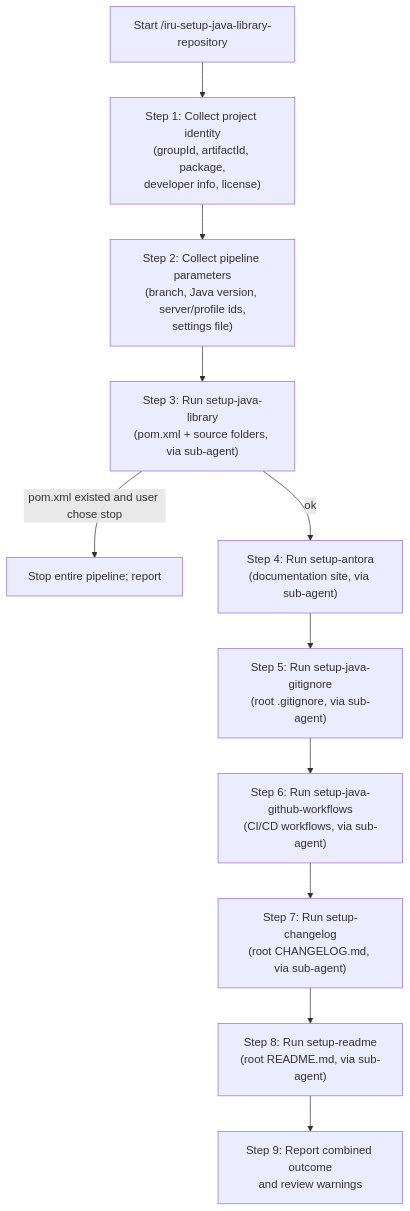
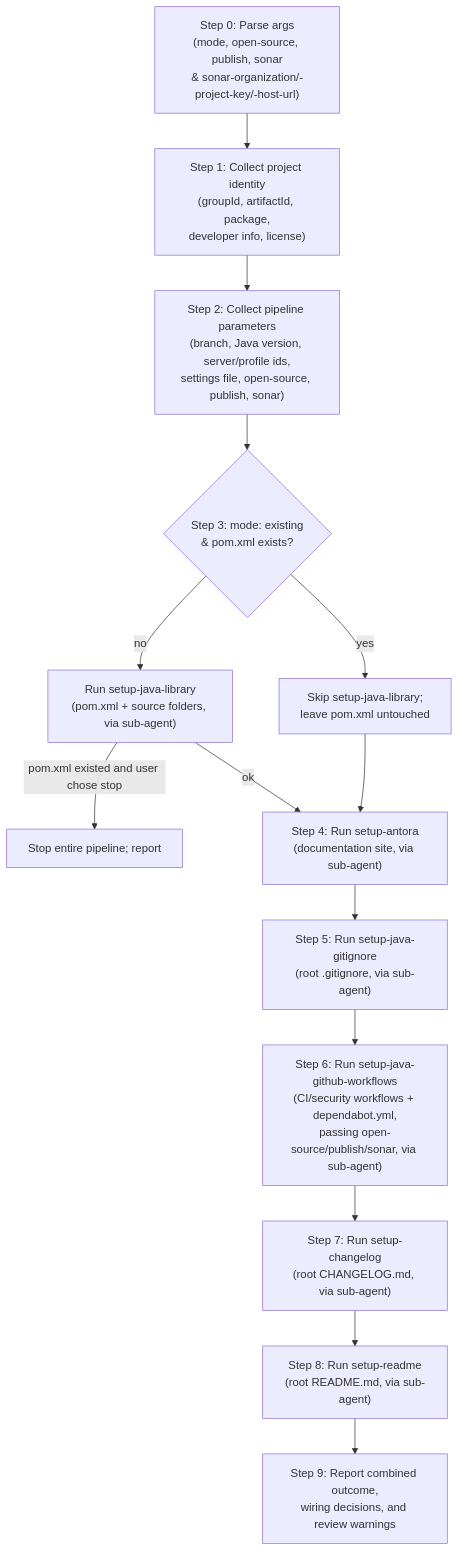
The diagram in docs/modules/ROOT/pages/skills/iru-setup-java-library-repository.adoc (albertoirurueta/ai-catalog), drawn with Mermaid before and after one commit. The commit also changed other lines of this file and 162 other files, not shown here.

First line of the commit message:
Extend the catalog to TypeScript, Android, Swift and hybrid mobile stacks with an open-source-aware repository setup front door (#6) (#7)

```diff
--- a/docs/modules/ROOT/pages/skills/iru-setup-java-library-repository.adoc
+++ b/docs/modules/ROOT/pages/skills/iru-setup-java-library-repository.adoc
@@ -97,14 +137,17 @@
 [mermaid]
 ....
 flowchart TD
-    A[Start /iru-setup-java-library-repository] --> B["Step 1: Collect project identity\n(groupId, artifactId, package,\ndeveloper info, license)"]
-    B --> C["Step 2: Collect pipeline parameters\n(branch, Java version, server/profile ids,\nsettings file)"]
-    C --> D["Step 3: Run setup-java-library\n(pom.xml + source folders, via sub-agent)"]
-    D -- pom.xml existed and user chose stop --> E[Stop entire pipeline; report]
-    D -- ok --> F["Step 4: Run setup-antora\n(documentation site, via sub-agent)"]
-    F --> G["Step 5: Run setup-java-gitignore\n(root .gitignore, via sub-agent)"]
-    G --> H["Step 6: Run setup-java-github-workflows\n(CI/CD workflows, via sub-agent)"]
-    H --> I["Step 7: Run setup-changelog\n(root CHANGELOG.md, via sub-agent)"]
-    I --> J["Step 8: Run setup-readme\n(root README.md, via sub-agent)"]
-    J --> K["Step 9: Report combined outcome\nand review warnings"]
+    Z["Step 0: Parse args\n(mode, open-source, publish, sonar\n&amp; sonar-organization/-project-key/-host-url)"] --> A["Step 1: Collect project identity\n(groupId, artifactId, package,\ndeveloper info, license)"]
+    A --> B["Step 2: Collect pipeline parameters\n(branch, Java version, server/profile ids,\nsettings file, open-source, publish, sonar)"]
+    B --> C{"Step 3: mode: existing\n&amp; pom.xml exists?"}
+    C -- yes --> D["Skip setup-java-library;\nleave pom.xml untouched"]
+    C -- no --> E["Run setup-java-library\n(pom.xml + source folders, via sub-agent)"]
+    E -- pom.xml existed and user chose stop --> F[Stop entire pipeline; report]
+    E -- ok --> G["Step 4: Run setup-antora\n(documentation site, via sub-agent)"]
+    D --> G
+    G --> H["Step 5: Run setup-java-gitignore\n(root .gitignore, via sub-agent)"]
+    H --> I["Step 6: Run setup-java-github-workflows\n(CI/security workflows + dependabot.yml,\npassing open-source/publish/sonar, via sub-agent)"]
+    I --> J["Step 7: Run setup-changelog\n(root CHANGELOG.md, via sub-agent)"]
+    J --> K["Step 8: Run setup-readme\n(root README.md, via sub-agent)"]
+    K --> L["Step 9: Report combined outcome,\nwiring decisions, and review warnings"]
 ....
```
